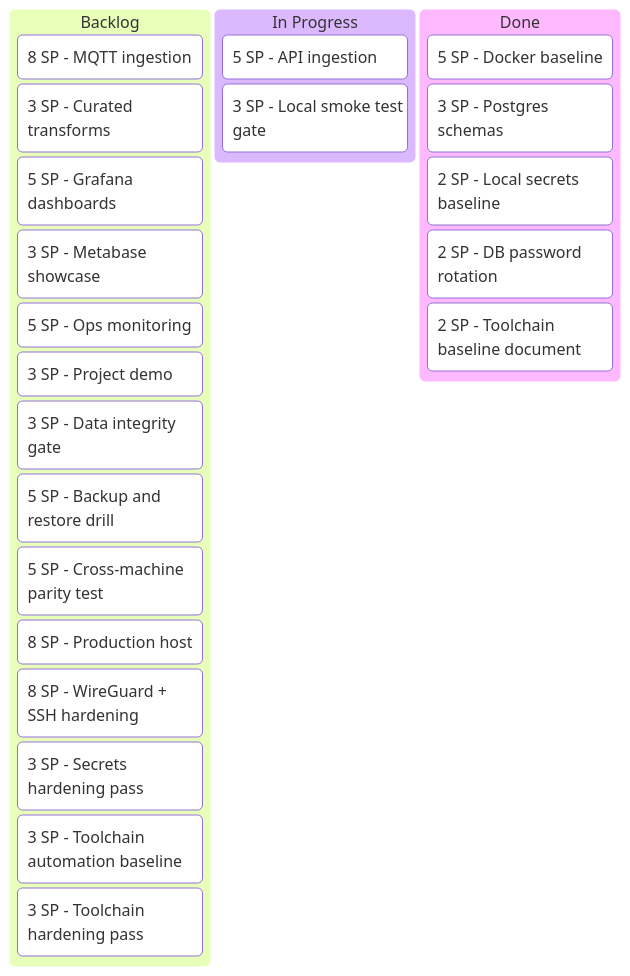
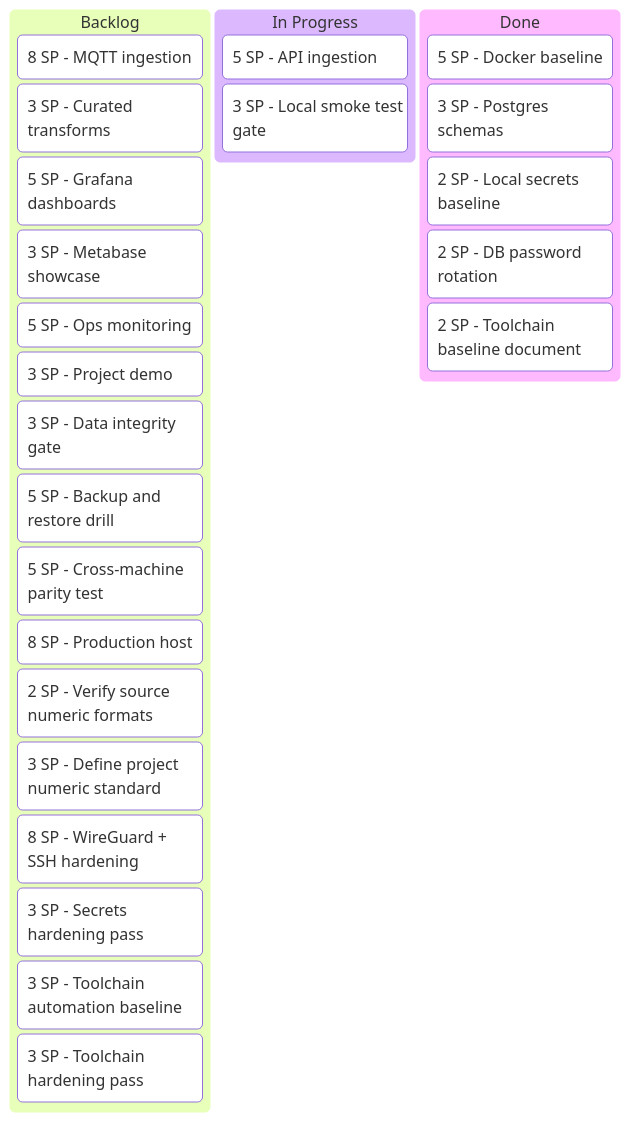
Before and after one commit to EnTekLasse/commons-anchor: the second of 3 diagrams in README.md, drawn with Mermaid. The commit also changed other lines of this file and 13 other files, not shown here.

````diff
--- a/README.md
+++ b/README.md
@@ -82,48 +82,52 @@
 ```mermaid
 %% AUTO-GENERATED FROM docs/architecture/diagram-model.json
 kanban
   Backlog
     [8 SP - MQTT ingestion]
 
     [3 SP - Curated transforms]
 
     [5 SP - Grafana dashboards]
 
     [3 SP - Metabase showcase]
 
     [5 SP - Ops monitoring]
 
     [3 SP - Project demo]
 
     [3 SP - Data integrity gate]
 
     [5 SP - Backup and restore drill]
 
     [5 SP - Cross-machine parity test]
 
     [8 SP - Production host]
+
+    [2 SP - Verify source numeric formats]
+
+    [3 SP - Define project numeric standard]
 
     [8 SP - WireGuard + SSH hardening]
 
     [3 SP - Secrets hardening pass]
 
     [3 SP - Toolchain automation baseline]
 
     [3 SP - Toolchain hardening pass]
 
   [In Progress]
     [5 SP - API ingestion]
 
     [3 SP - Local smoke test gate]
 
   Done
     [5 SP - Docker baseline]
 
     [3 SP - Postgres schemas]
 
     [2 SP - Local secrets baseline]
 
     [2 SP - DB password rotation]
 
     [2 SP - Toolchain baseline document]
 ```
````
